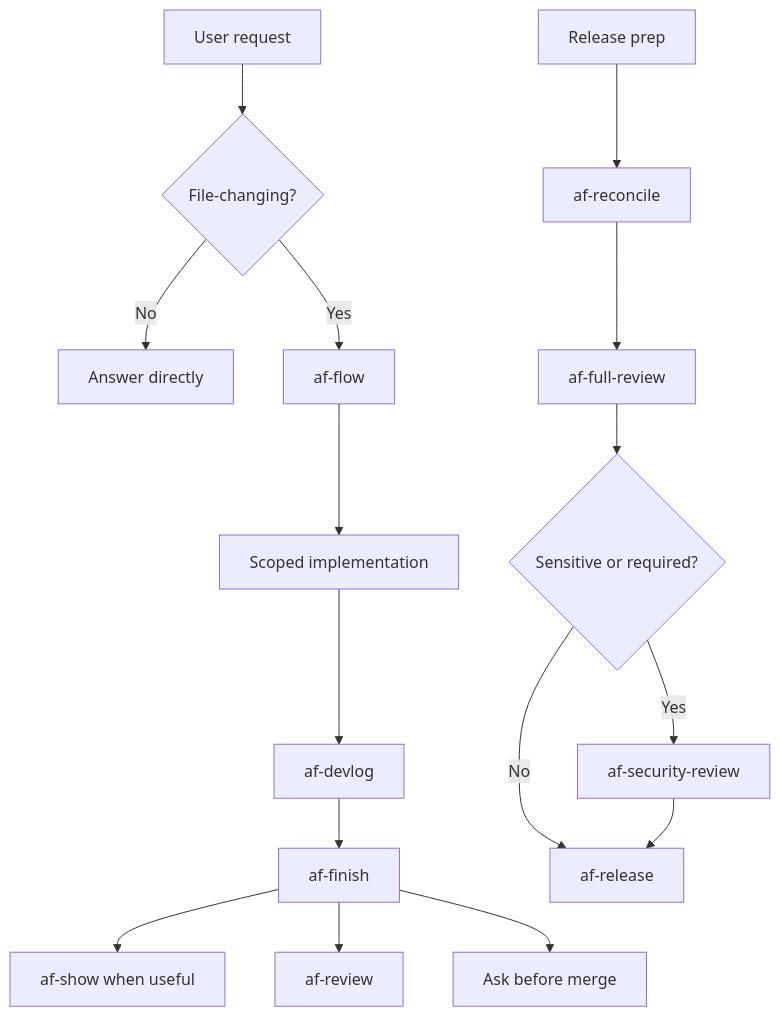
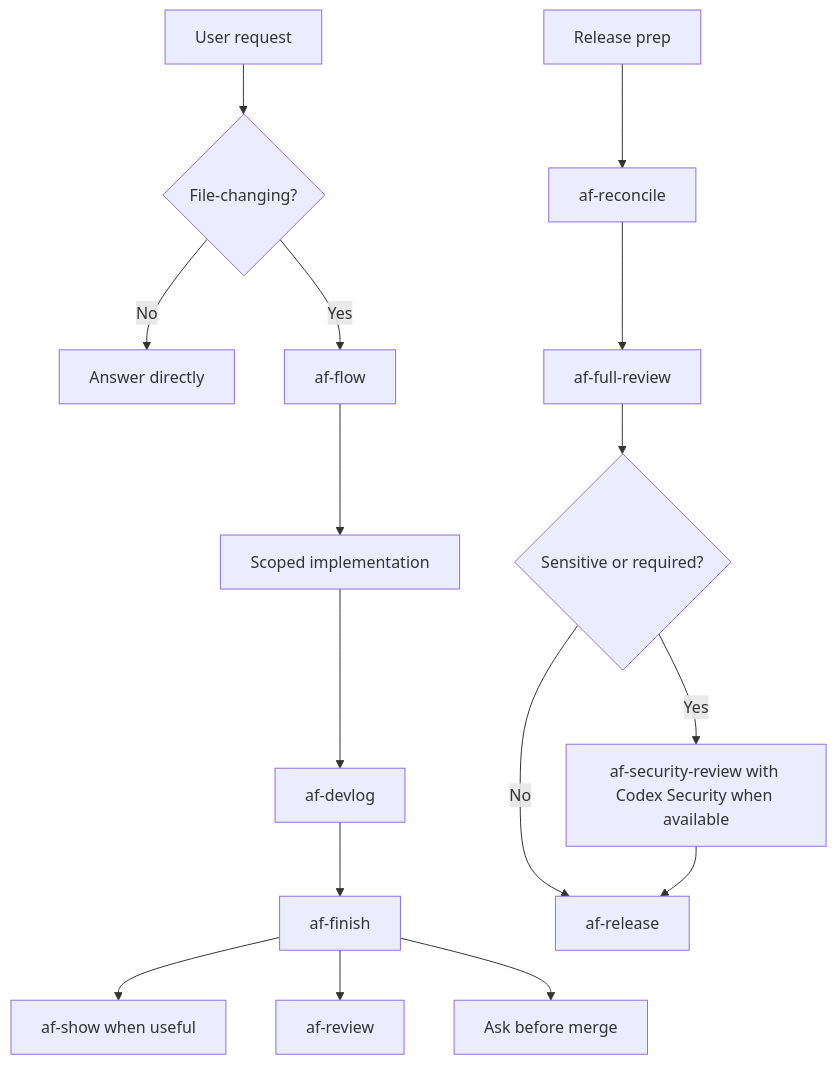
Before and after one commit to miketaheny/codex-setup: the second of 4 diagrams in docs/ARCHITECTURE.md, drawn with Mermaid. The commit also changed 16 other files, not shown here.

Commit message:
chore: codex security review integration

````diff
--- a/docs/ARCHITECTURE.md
+++ b/docs/ARCHITECTURE.md
@@ -46,19 +46,19 @@
 ```mermaid
 flowchart TD
     Request["User request"] --> Kind{"File-changing?"}
     Kind -->|No| Answer["Answer directly"]
     Kind -->|Yes| Flow["af-flow"]
     Flow --> Work["Scoped implementation"]
     Work --> Devlog["af-devlog"]
     Devlog --> Finish["af-finish"]
     Finish --> Show["af-show when useful"]
     Finish --> Review["af-review"]
     Finish --> Ask["Ask before merge"]
 
     ReleaseStart["Release prep"] --> Reconcile["af-reconcile"]
     Reconcile --> Full["af-full-review"]
     Full --> Security{"Sensitive or required?"}
-    Security -->|Yes| Sec["af-security-review"]
+    Security -->|Yes| Sec["af-security-review with Codex Security when available"]
     Security -->|No| Release["af-release"]
     Sec --> Release
 ```
````
